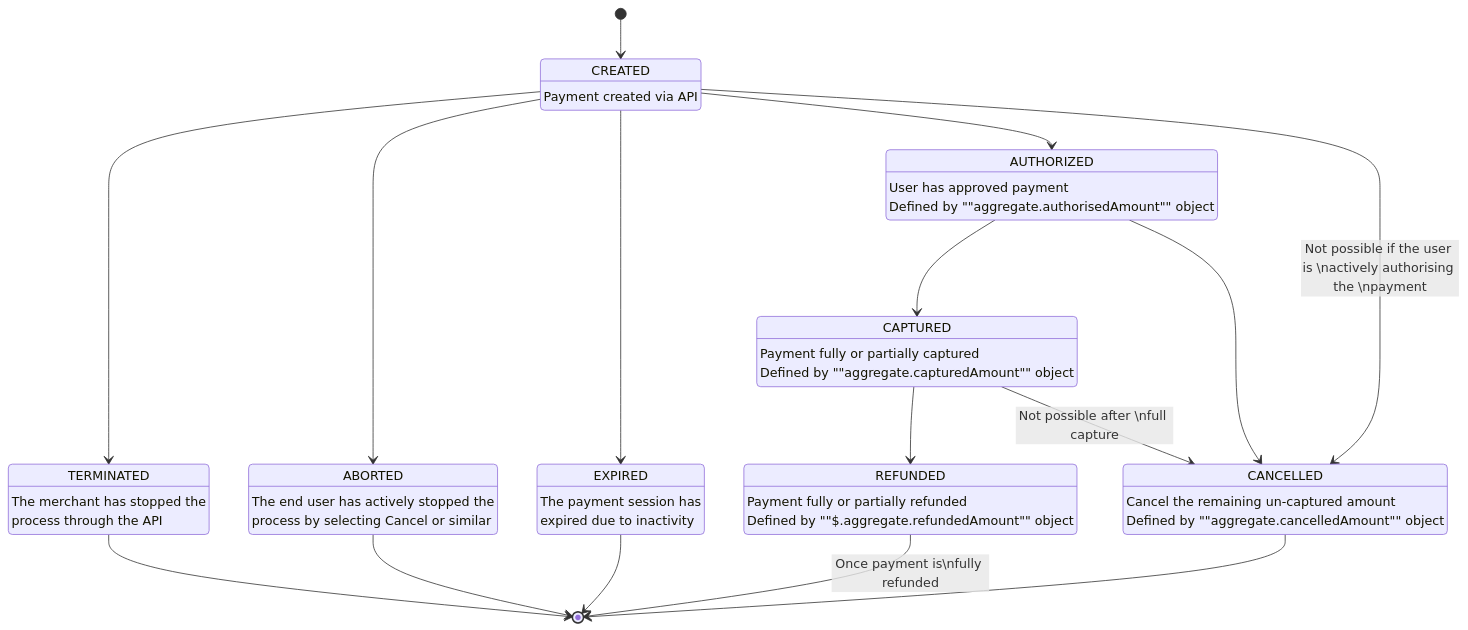
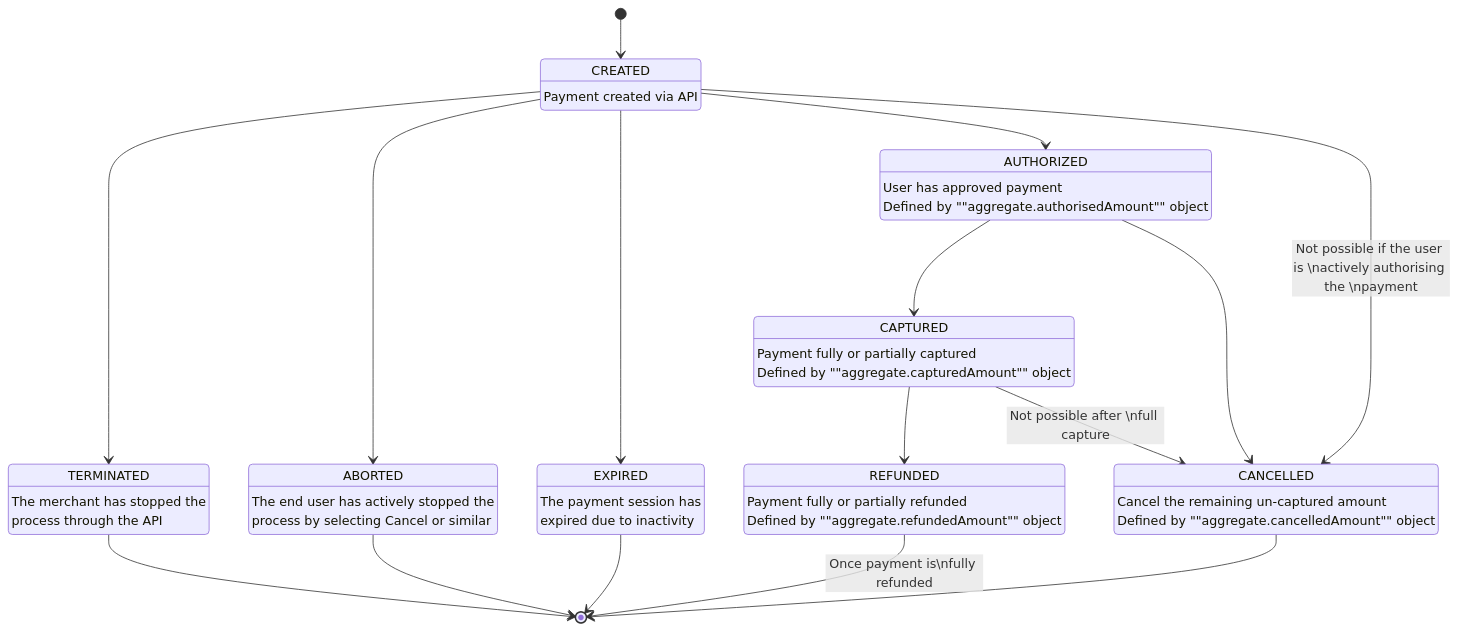
The diagram in payment_states.md (vippsas/vipps-epayment-api), drawn with Mermaid before and after one commit.

````diff
--- a/payment_states.md
+++ b/payment_states.md
@@ -19,34 +19,34 @@
 ``` mermaid
 stateDiagram
     [*] --> CREATED
 CREATED : CREATED
 CREATED : Payment created via API
 CREATED --> TERMINATED
 TERMINATED : TERMINATED
 TERMINATED : The merchant has stopped the\nprocess through the API
 TERMINATED --> [*]
 CREATED --> ABORTED
 ABORTED : ABORTED
 ABORTED : The end user has actively stopped the\nprocess by selecting Cancel or similar
 ABORTED --> [*]
 CREATED --> EXPIRED
 EXPIRED : EXPIRED
 EXPIRED : The payment session has\nexpired due to inactivity
 EXPIRED --> [*]
 CREATED --> AUTHORIZED
 AUTHORIZED : AUTHORIZED
 AUTHORIZED : User has approved payment\nDefined by ""aggregate.authorisedAmount"" object
 AUTHORIZED --> CAPTURED
 CAPTURED : CAPTURED
 CAPTURED : Payment fully or partially captured\nDefined by ""aggregate.capturedAmount"" object
 CAPTURED --> REFUNDED
 REFUNDED : REFUNDED
-REFUNDED : Payment fully or partially refunded\nDefined by ""$.aggregate.refundedAmount"" object
+REFUNDED : Payment fully or partially refunded\nDefined by ""aggregate.refundedAmount"" object
 REFUNDED --> [*] : Once payment is\nfully refunded
 CREATED --> CANCELLED : Not possible if the user is \nactively authorising the \npayment
 AUTHORIZED --> CANCELLED 
 CAPTURED --> CANCELLED : Not possible after \nfull capture
 CANCELLED : CANCELLED
 CANCELLED : Cancel the remaining un-captured amount\nDefined by ""aggregate.cancelledAmount"" object
 CANCELLED --> [*]
 ```
````
